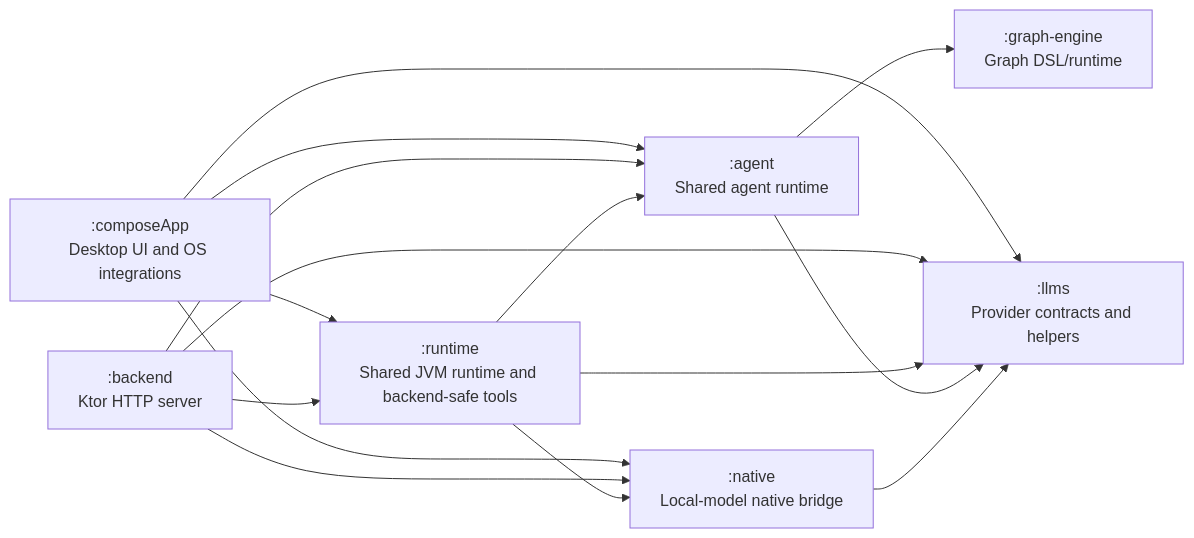
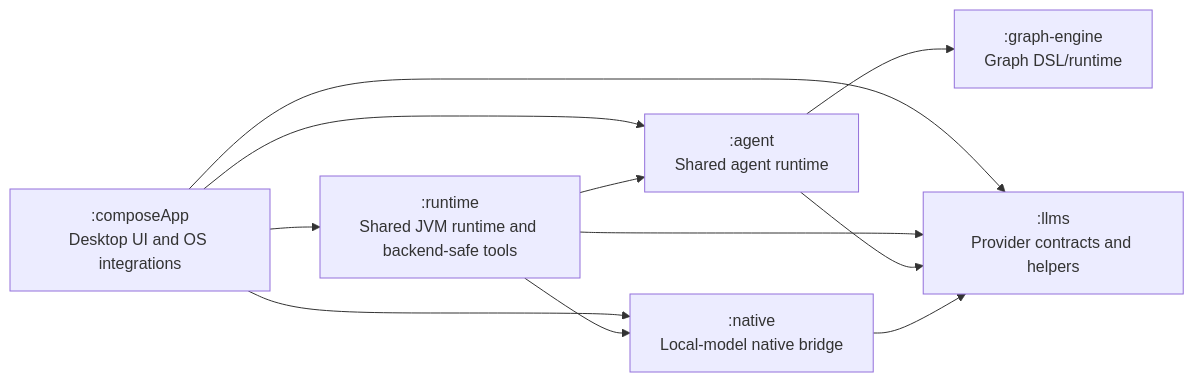
The first of 3 diagrams in INFO.md (D00mch/souz), drawn with Mermaid before and after one commit. The commit also changed other lines of this file and 1 other file, not shown here.

````diff
--- a/INFO.md
+++ b/INFO.md
@@ -65,20 +67,15 @@
 ```mermaid
 flowchart LR
     composeApp[":composeApp\nDesktop UI and OS integrations"] --> runtime[":runtime\nShared JVM runtime and backend-safe tools"]
     composeApp --> agent[":agent\nShared agent runtime"]
     composeApp --> llms[":llms\nProvider contracts and helpers"]
     composeApp --> native[":native\nLocal-model native bridge"]
-
-    backend[":backend\nKtor HTTP server"] --> runtime
-    backend --> agent
-    backend --> llms
-    backend --> native
 
     runtime --> agent
     runtime --> llms
     runtime --> native
 
     agent --> graphEngine[":graph-engine\nGraph DSL/runtime"]
     agent --> llms
     native --> llms
 ```
````
